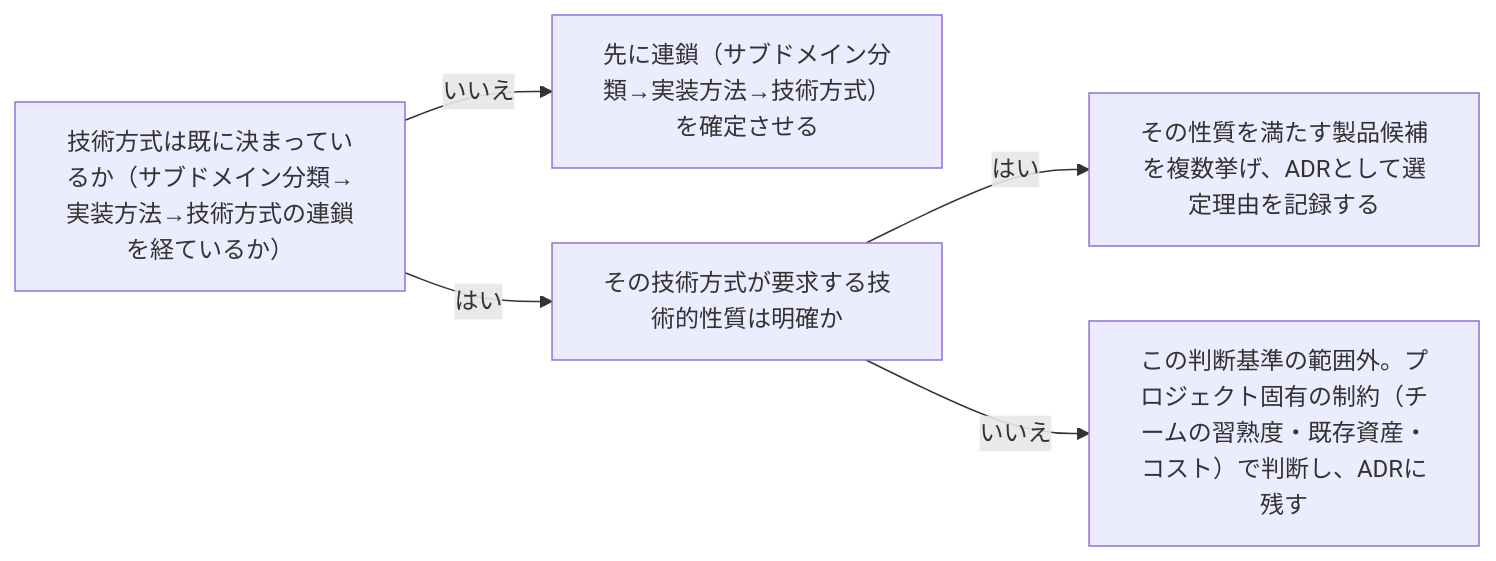
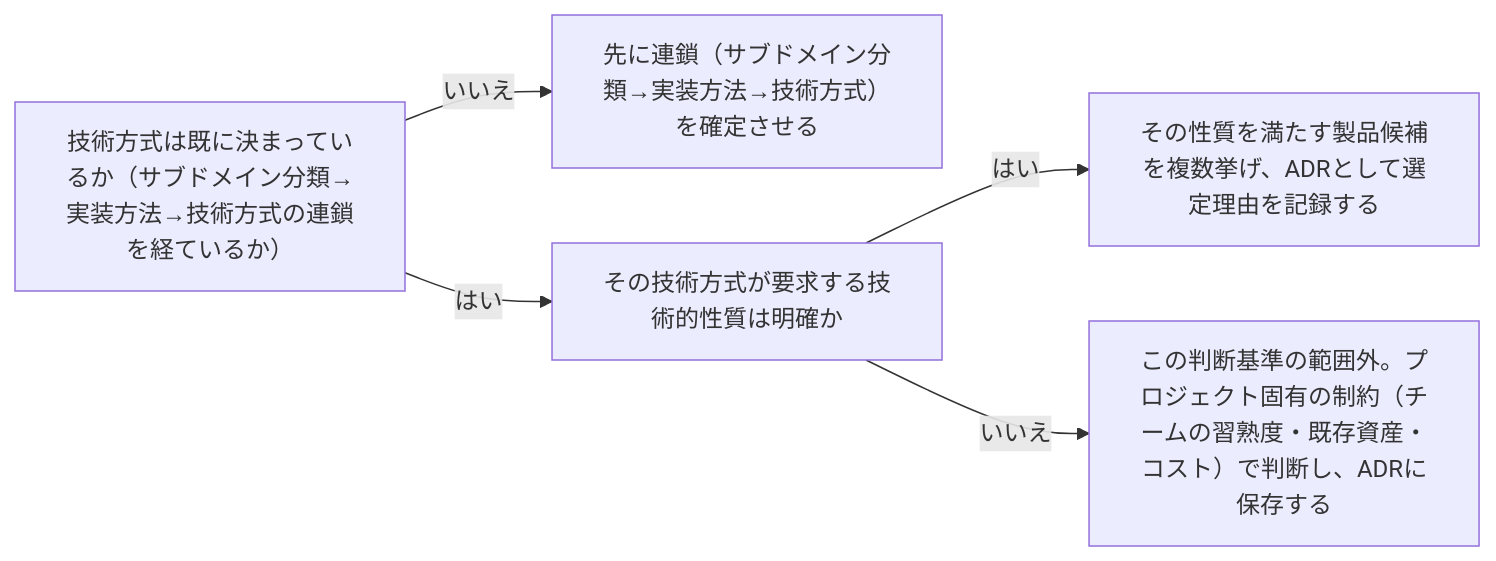
One commit to daidaiiro-519/daidaiiro changed the diagram in .claude/skills/tech-lead-advisor/references/knowledge/architecture-tech-stack-selection-chain.md. Above: the diagram before and after it, drawn with Mermaid. The commit also changed other lines of this file and 320 other files, not shown here.

````diff
--- a/.claude/skills/tech-lead-advisor/references/knowledge/architecture-tech-stack-selection-chain.md
+++ b/.claude/skills/tech-lead-advisor/references/knowledge/architecture-tech-stack-selection-chain.md
@@ -44,12 +44,12 @@
 ```mermaid
 flowchart LR
     q1["技術方式は既に決まっているか（サブドメイン分類→実装方法→技術方式の連鎖を経ているか）"]
     r1["先に連鎖（サブドメイン分類→実装方法→技術方式）を確定させる"]
     q2["その技術方式が要求する技術的性質は明確か"]
     r2["その性質を満たす製品候補を複数挙げ、ADRとして選定理由を記録する"]
-    r3["この判断基準の範囲外。プロジェクト固有の制約（チームの習熟度・既存資産・コスト）で判断し、ADRに残す"]
+    r3["この判断基準の範囲外。プロジェクト固有の制約（チームの習熟度・既存資産・コスト）で判断し、ADRに保存する"]
     q1 -->|"いいえ"| r1
     q1 -->|"はい"| q2
     q2 -->|"はい"| r2
     q2 -->|"いいえ"| r3
 ```
````
